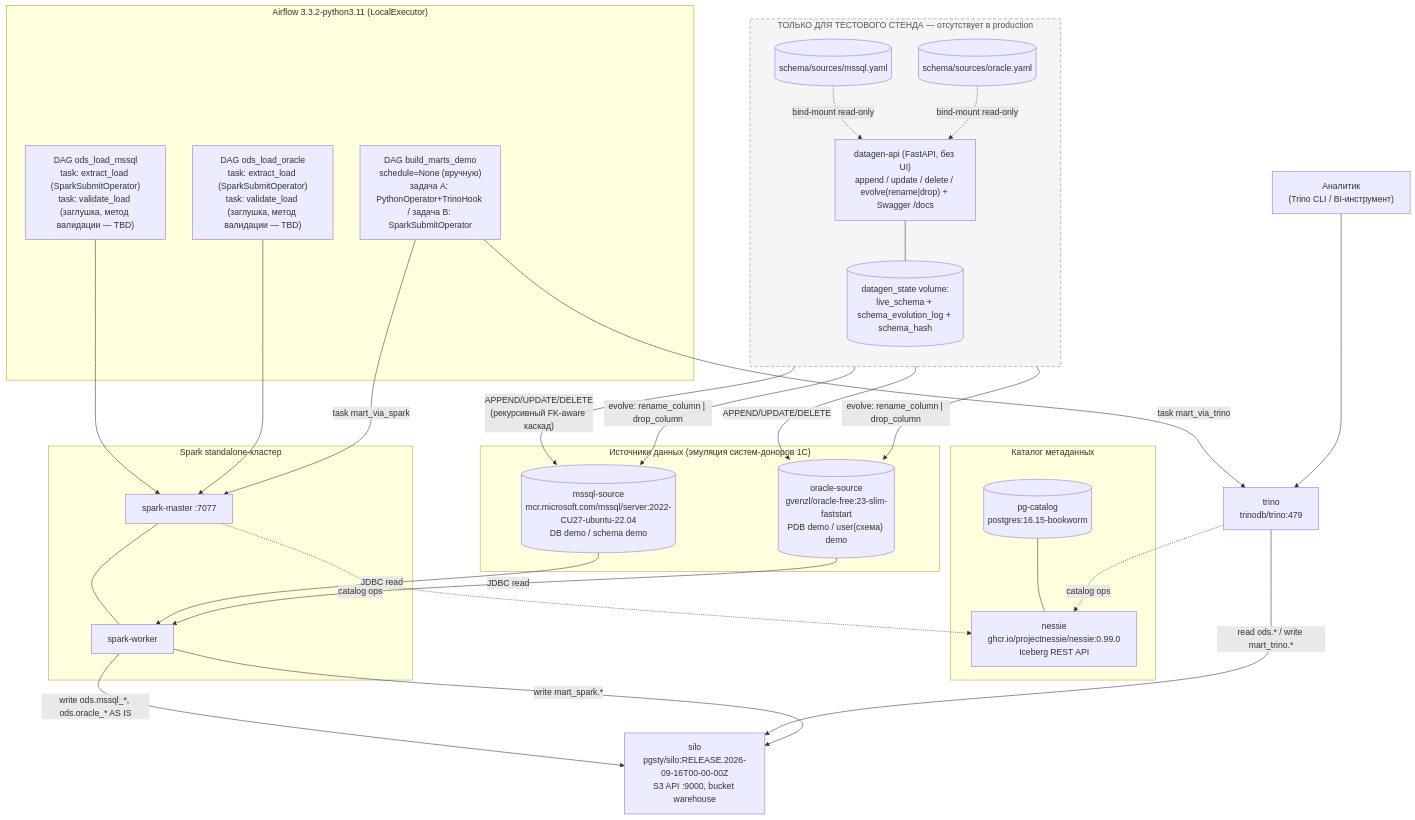
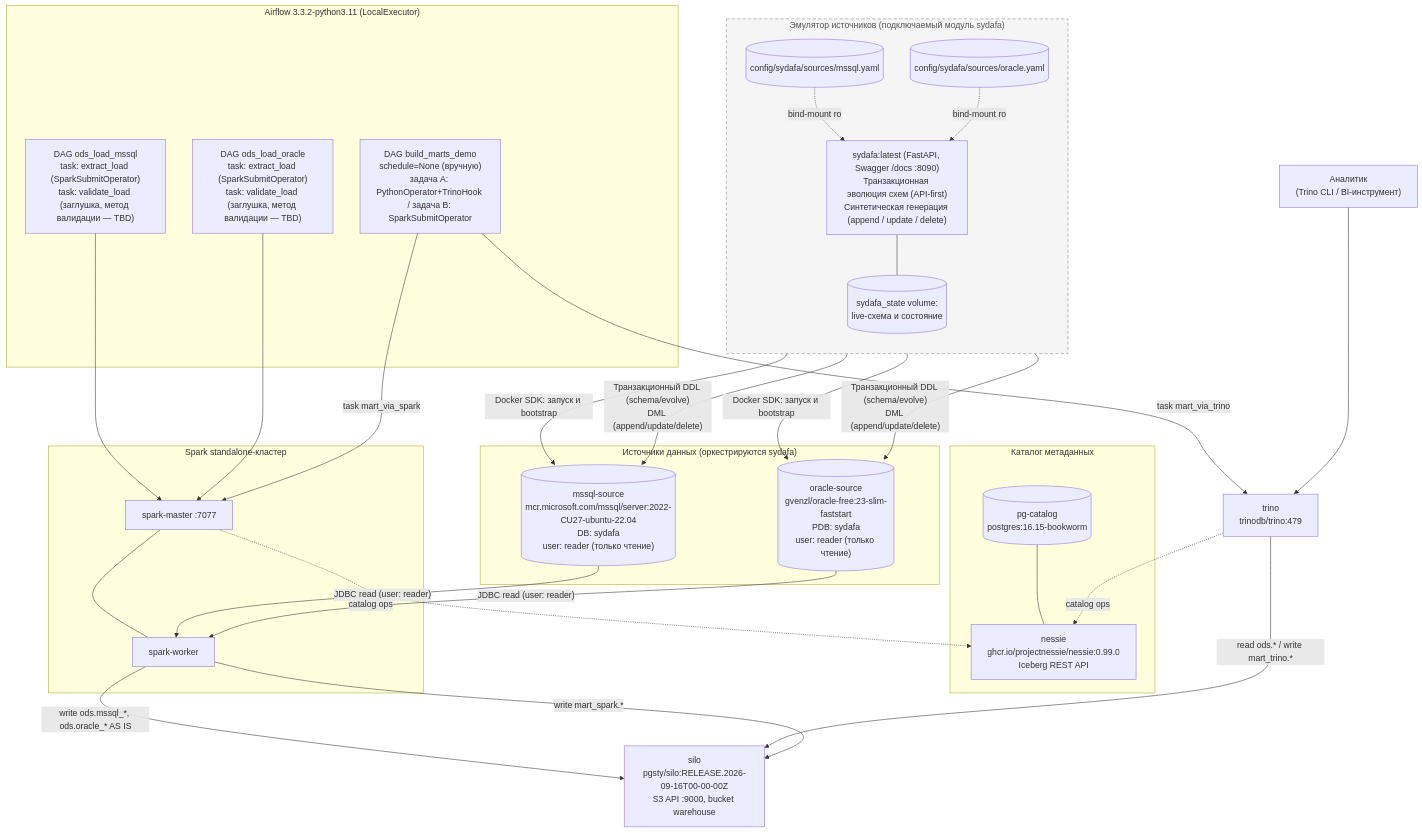
One commit to georgekochergin/datalake_stand changed the diagram in docs/README.md. Above: the diagram before and after it, drawn with Mermaid. The commit also changed other lines of this file and 4 other files, not shown here.

Commit message:
docs: update mermaid architecture diagram and replace legacy datagen references with sydafa

````diff
--- a/docs/README.md
+++ b/docs/README.md
@@ -9,64 +9,64 @@
 ```mermaid
 flowchart TB
     ANALYST["Аналитик\n(Trino CLI / BI-инструмент)"]
 
-    subgraph Sources["Источники данных (эмуляция систем-доноров 1С)"]
-        MSSQL[("mssql-source\nmcr.microsoft.com/mssql/server:2022-CU27-ubuntu-22.04\nDB demo / schema demo")]
-        ORA[("oracle-source\ngvenzl/oracle-free:23-slim-faststart\nPDB demo / user(схема) demo")]
+    subgraph Sources["Источники данных (оркестрируются sydafa)"]
+        MSSQL[("mssql-source\nmcr.microsoft.com/mssql/server:2022-CU27-ubuntu-22.04\nDB: sydafa\nuser: reader (только чтение)")]
+        ORA[("oracle-source\ngvenzl/oracle-free:23-slim-faststart\nPDB: sydafa\nuser: reader (только чтение)")]
     end
 
-    subgraph DataGen["ТОЛЬКО ДЛЯ ТЕСТОВОГО СТЕНДА — отсутствует в production"]
+    subgraph SydafaService["Эмулятор источников (подключаемый модуль sydafa)"]
         direction TB
-        Y1[("schema/sources/mssql.yaml")]
-        Y2[("schema/sources/oracle.yaml")]
-        API["datagen-api (FastAPI, без UI)\nappend / update / delete / evolve(rename|drop) + Swagger /docs"]
-        STATE[("datagen_state volume:\nlive_schema + schema_evolution_log + schema_hash")]
-        Y1 -. "bind-mount read-only" .-> API
-        Y2 -. "bind-mount read-only" .-> API
+        CFG1[("config/sydafa/sources/mssql.yaml")]
+        CFG2[("config/sydafa/sources/oracle.yaml")]
+        API["sydafa:latest (FastAPI, Swagger /docs :8090)\nТранзакционная эволюция схем (API-first)\nСинтетическая генерация (append / update / delete)"]
+        STATE[("sydafa_state volume:\nlive-схема и состояние")]
+        CFG1 -. "bind-mount ro" .-> API
+        CFG2 -. "bind-mount ro" .-> API
         API --- STATE
     end
 
     subgraph Catalog["Каталог метаданных"]
         PGC[("pg-catalog\npostgres:16.15-bookworm")]
         NESSIE["nessie\nghcr.io/projectnessie/nessie:0.99.0\nIceberg REST API"]
         PGC --- NESSIE
     end
 
     SILO["silo\npgsty/silo:RELEASE.2026-09-16T00-00-00Z\nS3 API :9000, bucket warehouse"]
 
     subgraph SparkCluster["Spark standalone-кластер"]
         SM["spark-master :7077"]
         SW["spark-worker"]
         SM --- SW
     end
 
     TRINO["trino\ntrinodb/trino:479"]
 
     subgraph Orchestration["Airflow 3.3.2-python3.11 (LocalExecutor)"]
         D1["DAG ods_load_mssql\ntask: extract_load (SparkSubmitOperator)\ntask: validate_load (заглушка, метод валидации — TBD)"]
         D2["DAG ods_load_oracle\ntask: extract_load (SparkSubmitOperator)\ntask: validate_load (заглушка, метод валидации — TBD)"]
         D3["DAG build_marts_demo\nschedule=None (вручную)\nзадача A: PythonOperator+TrinoHook / задача B: SparkSubmitOperator"]
     end
 
-    API -- "APPEND/UPDATE/DELETE\n(рекурсивный FK-aware каскад)" --> MSSQL
-    API -- "evolve: rename_column | drop_column" --> MSSQL
-    API -- "APPEND/UPDATE/DELETE" --> ORA
-    API -- "evolve: rename_column | drop_column" --> ORA
+    API -- "Docker SDK: запуск и bootstrap" --> MSSQL
+    API -- "Docker SDK: запуск и bootstrap" --> ORA
+    API -- "Транзакционный DDL (schema/evolve)\nDML (append/update/delete)" --> MSSQL
+    API -- "Транзакционный DDL (schema/evolve)\nDML (append/update/delete)" --> ORA
 
     D1 --> SM
     D2 --> SM
-    MSSQL -- "JDBC read" --> SW
-    ORA -- "JDBC read" --> SW
+    MSSQL -- "JDBC read (user: reader)" --> SW
+    ORA -- "JDBC read (user: reader)" --> SW
     SW -- "write ods.mssql_*, ods.oracle_* AS IS" --> SILO
     SM -. "catalog ops" .-> NESSIE
 
     D3 -- "task mart_via_trino" --> TRINO
     D3 -- "task mart_via_spark" --> SM
     TRINO -. "catalog ops" .-> NESSIE
     TRINO -- "read ods.* / write mart_trino.*" --> SILO
     SW -- "write mart_spark.*" --> SILO
 
     ANALYST --> TRINO
 
-    style DataGen stroke-dasharray: 6 4,stroke:#888,fill:#f5f5f5,color:#555
+    style SydafaService stroke-dasharray: 6 4,stroke:#888,fill:#f5f5f5,color:#555
 ```
````
